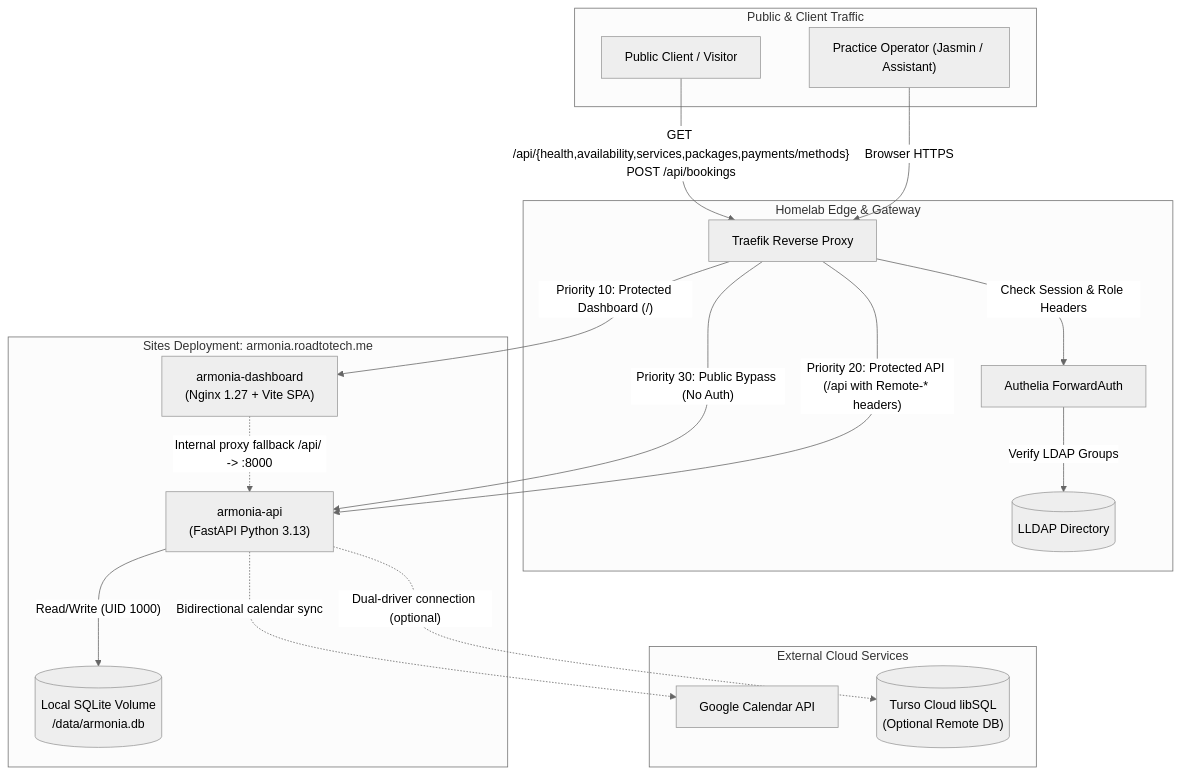
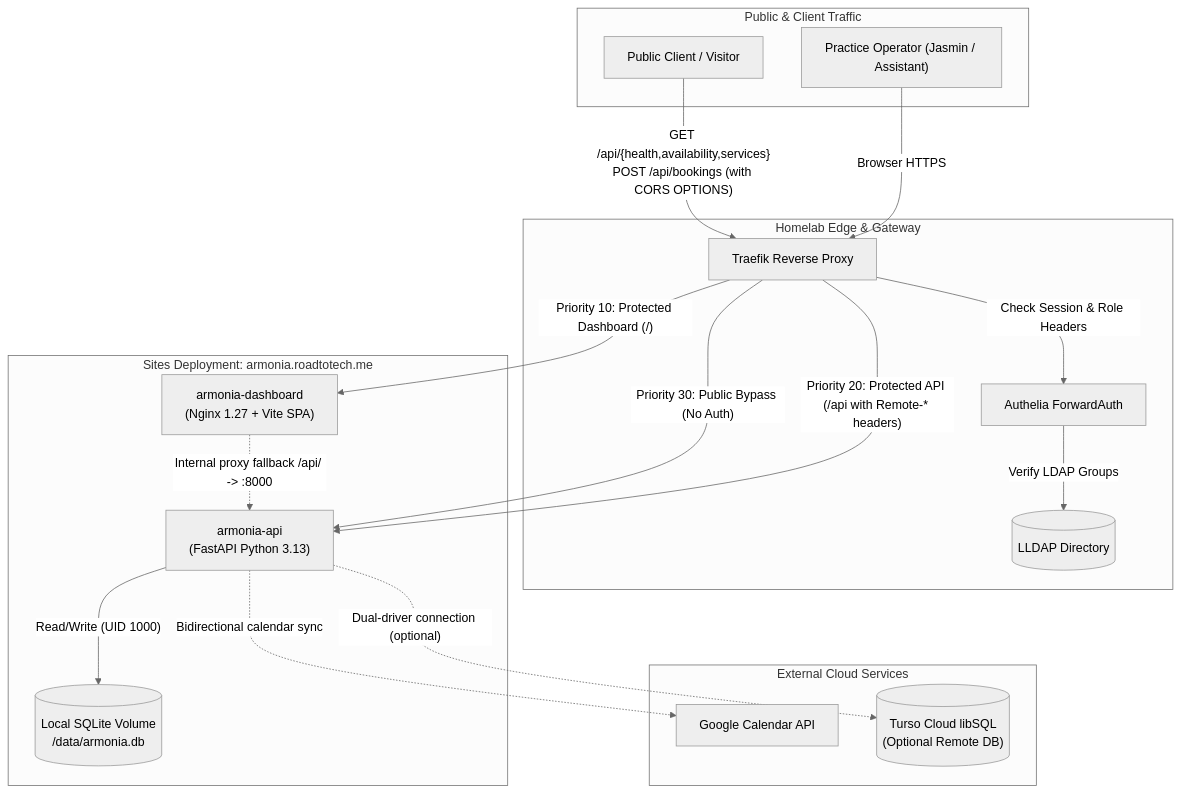
Before and after one commit to armonia-del-ser/homelab-armonia: the first of 2 diagrams in ARCHITECTURE.md, drawn with Mermaid (neutral theme). The commit also changed other lines of this file and 3 other files, not shown here.

````diff
--- a/ARCHITECTURE.md
+++ b/ARCHITECTURE.md
@@ -11,39 +11,39 @@
 ```mermaid
 flowchart TD
     subgraph Internet ["Public & Client Traffic"]
         Visitor["Public Client / Visitor"]
         Operator["Practice Operator (Jasmin / Assistant)"]
     end
 
     subgraph HomelabEdge ["Homelab Edge & Gateway"]
         Traefik["Traefik Reverse Proxy"]
         Authelia["Authelia ForwardAuth"]
         LLDAP[("LLDAP Directory")]
     end
 
     subgraph SitesArmonia ["Sites Deployment: armonia.roadtotech.me"]
         Dashboard["armonia-dashboard<br/>(Nginx 1.27 + Vite SPA)"]
         API["armonia-api<br/>(FastAPI Python 3.13)"]
         SQLite[("Local SQLite Volume<br/>/data/armonia.db")]
     end
 
     subgraph ExternalServices ["External Cloud Services"]
         GCal["Google Calendar API"]
         TursoCloud[("Turso Cloud libSQL<br/>(Optional Remote DB)")]
     end
 
-    Visitor -->|"GET /api/{health,availability,services,packages,payments/methods}<br/>POST /api/bookings"| Traefik
+    Visitor -->|"GET /api/{health,availability,services}<br/>POST /api/bookings (with CORS OPTIONS)"| Traefik
     Operator -->|"Browser HTTPS"| Traefik
 
     Traefik -->|"Check Session & Role Headers"| Authelia
     Authelia -->|"Verify LDAP Groups"| LLDAP
 
     Traefik -->|"Priority 30: Public Bypass (No Auth)"| API
     Traefik -->|"Priority 20: Protected API (/api with Remote-* headers)"| API
     Traefik -->|"Priority 10: Protected Dashboard (/)"| Dashboard
 
     Dashboard -.->|"Internal proxy fallback /api/ -> :8000"| API
     API -->|"Read/Write (UID 1000)"| SQLite
     API -.->|"Dual-driver connection (optional)"| TursoCloud
     API -.->|"Bidirectional calendar sync"| GCal
 ```
````
